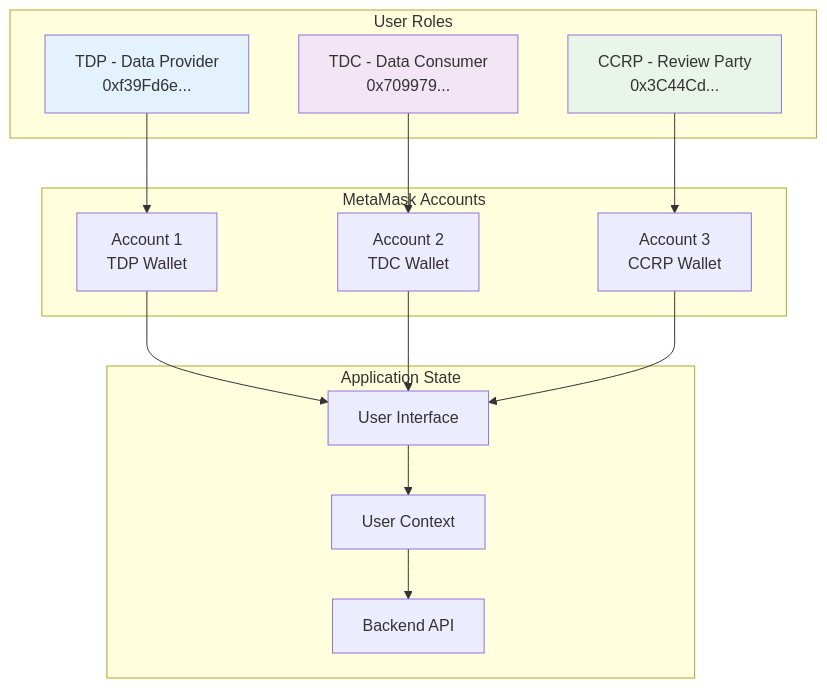
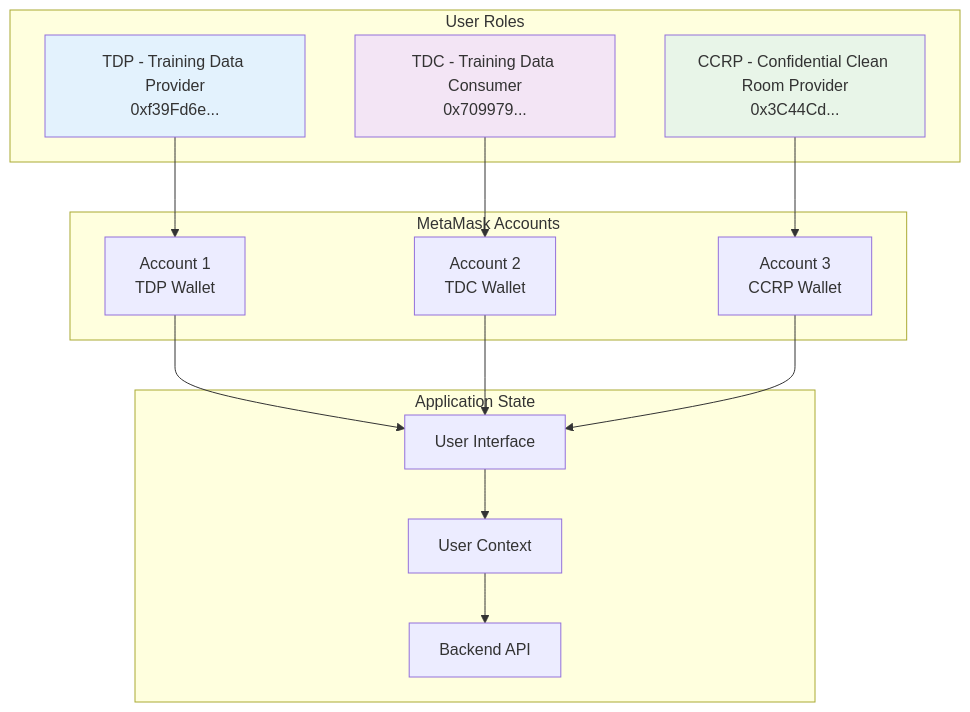
One commit to gitmujoshi/Confidential-AI-Network changed the first of 11 diagrams in WALLET_SWITCHING_GUIDE.md. Above: the diagram before and after it, drawn with Mermaid. The commit also changed other lines of this file and 5 other files, not shown here.

Commit message:
Fix terminology consistency across all documentation: TDP=Training Data Provider, TDC=Training Data Consumer, CCRP=Confidential Clean Room Provider

````diff
--- a/WALLET_SWITCHING_GUIDE.md
+++ b/WALLET_SWITCHING_GUIDE.md
@@ -13,35 +13,35 @@
 ```mermaid
 graph TB
     subgraph "User Roles"
-        TDP[TDP - Data Provider<br/>0xf39Fd6e...]
-        TDC[TDC - Data Consumer<br/>0x709979...]
-        CCRP[CCRP - Review Party<br/>0x3C44Cd...]
+        TDP[TDP - Training Data Provider<br/>0xf39Fd6e...]
+        TDC[TDC - Training Data Consumer<br/>0x709979...]
+        CCRP[CCRP - Confidential Clean Room Provider<br/>0x3C44Cd...]
     end
     
     subgraph "MetaMask Accounts"
         MM1[Account 1<br/>TDP Wallet]
         MM2[Account 2<br/>TDC Wallet]
         MM3[Account 3<br/>CCRP Wallet]
     end
     
     subgraph "Application State"
         UI[User Interface]
         CONTEXT[User Context]
         API[Backend API]
     end
     
     TDP --> MM1
     TDC --> MM2
     CCRP --> MM3
     
     MM1 --> UI
     MM2 --> UI
     MM3 --> UI
     
     UI --> CONTEXT
     CONTEXT --> API
     
     style TDP fill:#e3f2fd
     style TDC fill:#f3e5f5
     style CCRP fill:#e8f5e8
 ```
````
